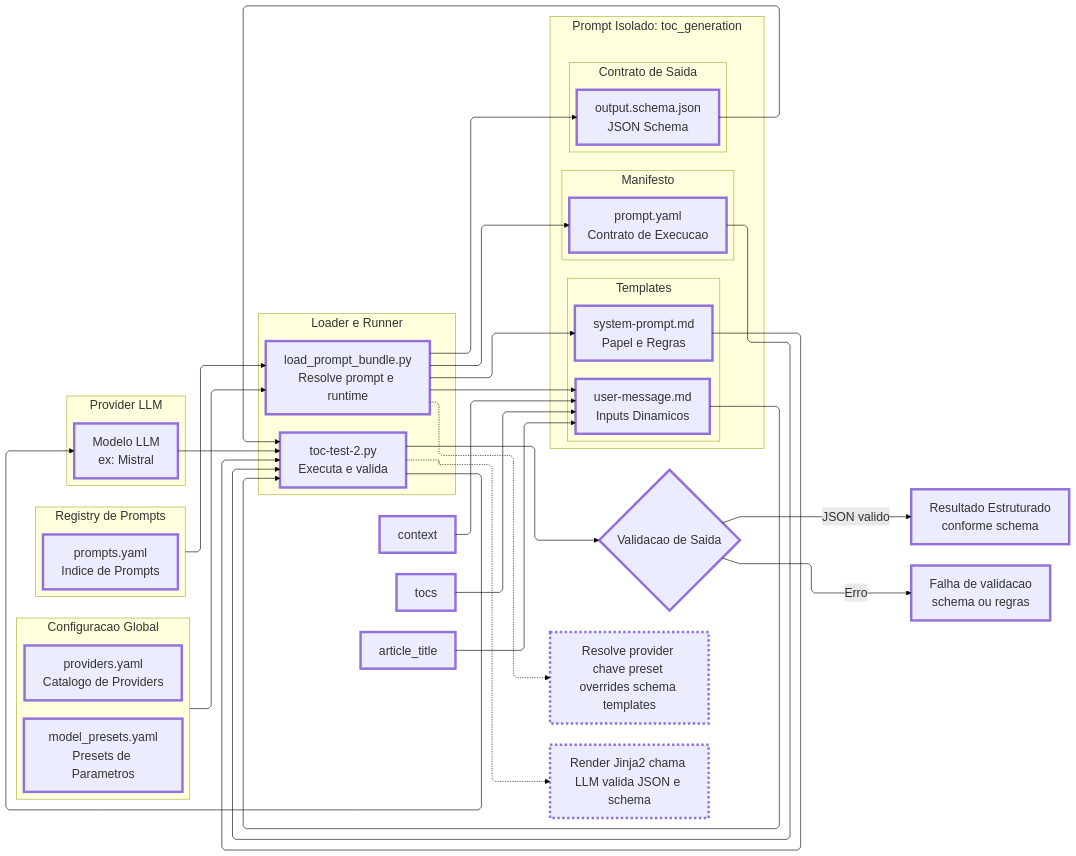
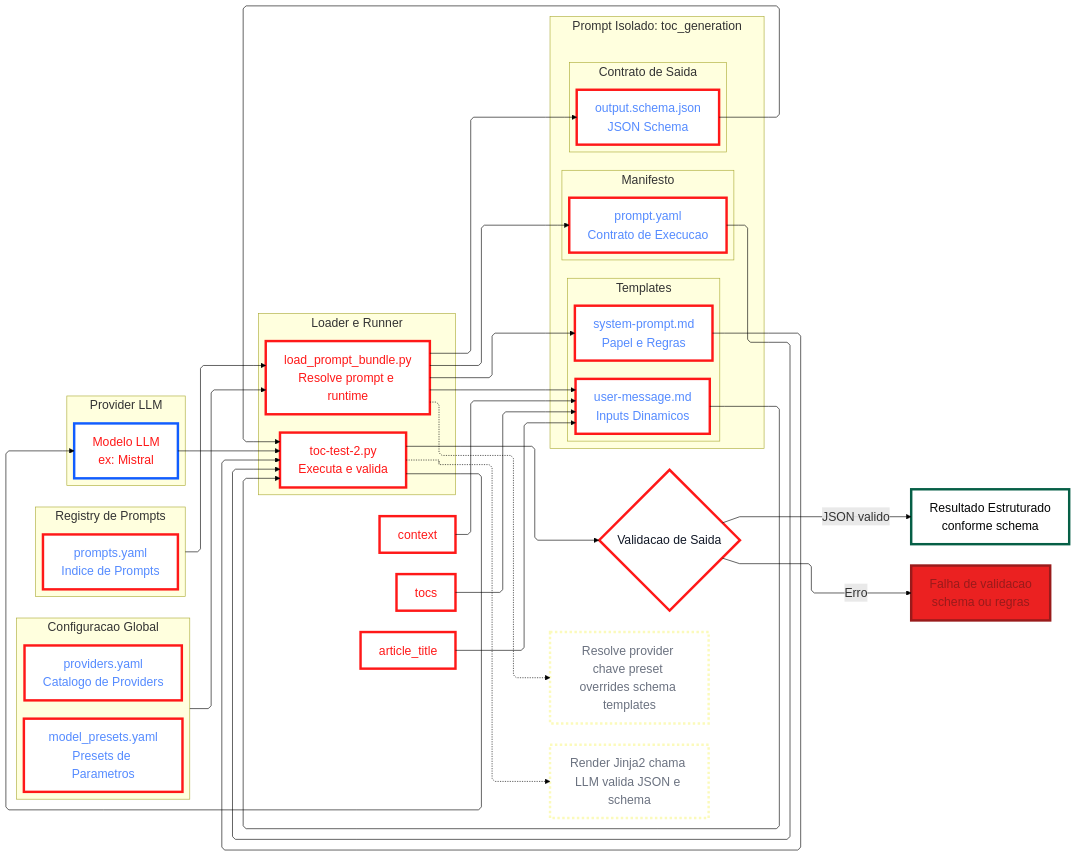
One commit to productnauta/pigmeu changed the diagram in content-copilot/docs/content-copilot.md. Above: the diagram before and after it, drawn with Mermaid. The commit also changed 12 other files, not shown here.

````diff
--- a/content-copilot/docs/content-copilot.md
+++ b/content-copilot/docs/content-copilot.md
@@ -127,13 +127,13 @@
      ERR:::bad
      N1:::note
      N2:::note
-    classDef file fill:'#ff0000',stroke:'#ff1818',color:'#558bff',stroke-width:4px
-    classDef proc fill:'#eeff00',stroke:'#ff1818',color:'#ff1818',stroke-width:4px
-    classDef llm  fill:'#030303',stroke:'#115dff',color:'#ff1818',stroke-width:4px
-    classDef ok   fill:'#d752ff',stroke:'#065f46',color:'#040505',stroke-width:4px
-    classDef bad  fill:'#eb2121',stroke:'#991b1b',color:'#991b1b',stroke-width:4px
-    classDef in   fill:'#4863be',stroke:'#ff1818',color:'#ff1818',stroke-width:4px
-    classDef dec  fill:'#ff1818',stroke:'#ff1818',color:'#111827',stroke-width:4px
-    classDef note fill:'#ff0000',stroke:'#fbfabb',color:'#6b7280',stroke-dasharray: 4 4,stroke-width:4px
+    classDef file fill:#ffffff,stroke:#ff1818,color:#558bff,stroke-width:4px
+    classDef proc fill:#ffffff,stroke:#ff1818,color:#ff1818,stroke-width:4px
+    classDef llm  fill:#ffffff,stroke:#115dff,color:#ff1818,stroke-width:4px
+    classDef ok   fill:#ffffff,stroke:#065f46,color:#040505,stroke-width:4px
+    classDef bad  fill:#eb2121,stroke:#991b1b,color:#991b1b,stroke-width:4px
+    classDef in   fill:#ffffff,stroke:#ff1818,color:#ff1818,stroke-width:4px
+    classDef dec  fill:#ffffff,stroke:#ff1818,color:#111827,stroke-width:4px
+    classDef note fill:#ffffff,stroke:#fbfabb,color:#6b7280,stroke-dasharray: 4 4,stroke-width:4px
 
 ```
````
